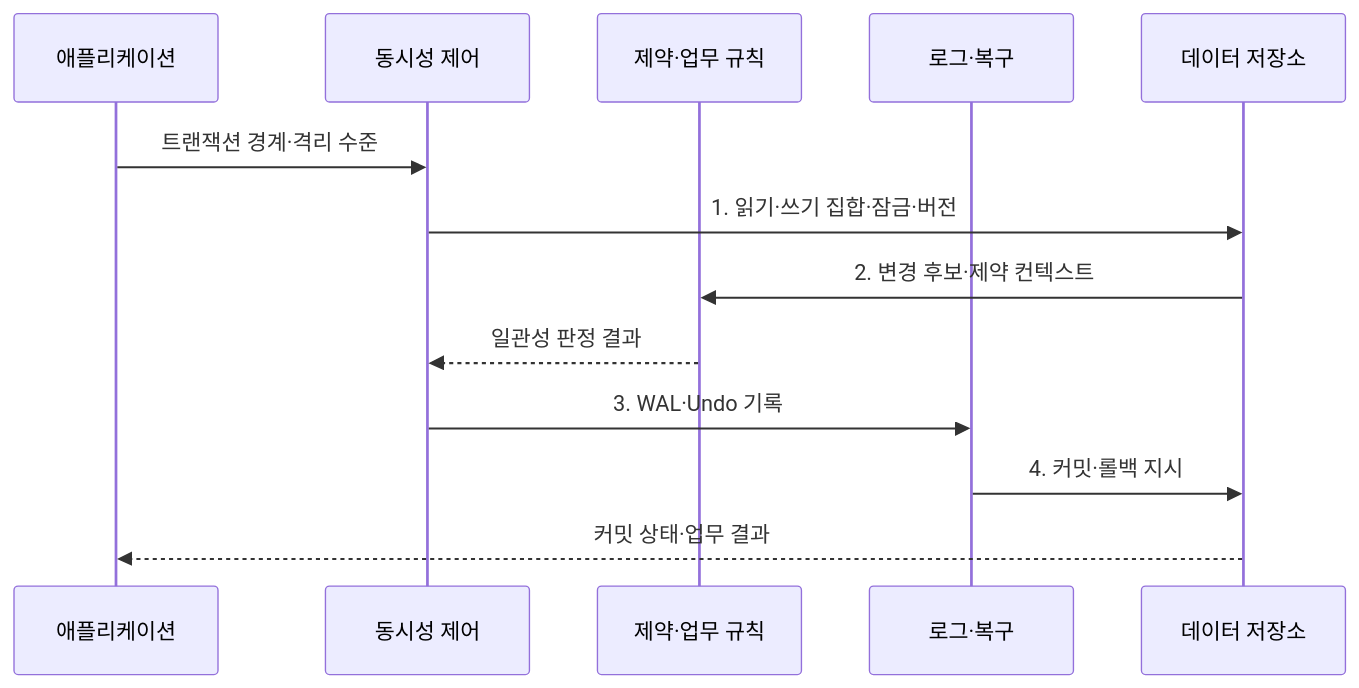
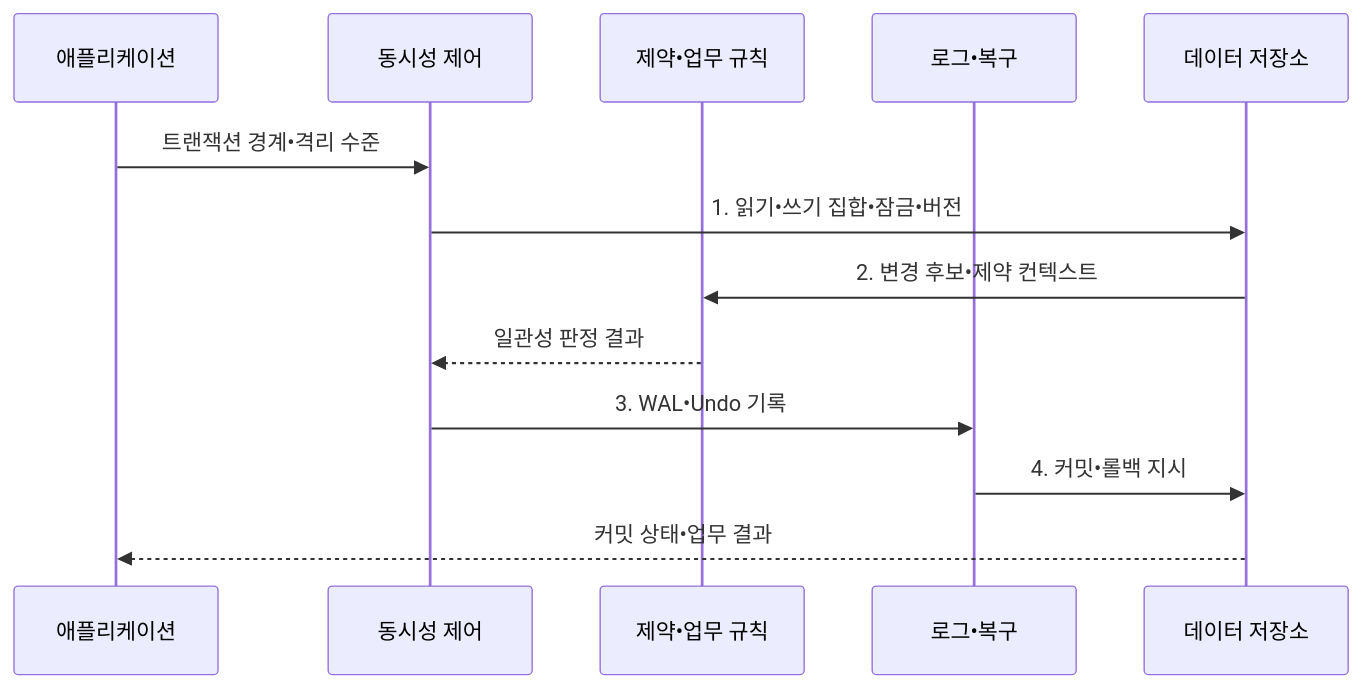
The second of 2 diagrams in src/content/docs/notes/03-software/085_transaction_acid.md (agnusdei1207/knowledge-base), drawn with Mermaid before and after one commit. The commit also changed other lines of this file and 953 other files, not shown here.

````diff
--- a/src/content/docs/notes/03-software/085_transaction_acid.md
+++ b/src/content/docs/notes/03-software/085_transaction_acid.md
@@ -107,15 +107,15 @@
 ```mermaid
 sequenceDiagram
     participant A as 애플리케이션
     participant C as 동시성 제어
-    participant V as 제약·업무 규칙
-    participant L as 로그·복구
+    participant V as 제약•업무 규칙
+    participant L as 로그•복구
     participant S as 데이터 저장소
-    A->>C: 트랜잭션 경계·격리 수준
-    C->>S: 1. 읽기·쓰기 집합·잠금·버전
-    S->>V: 2. 변경 후보·제약 컨텍스트
+    A->>C: 트랜잭션 경계•격리 수준
+    C->>S: 1. 읽기•쓰기 집합•잠금•버전
+    S->>V: 2. 변경 후보•제약 컨텍스트
     V-->>C: 일관성 판정 결과
-    C->>L: 3. WAL·Undo 기록
-    L->>S: 4. 커밋·롤백 지시
-    S-->>A: 커밋 상태·업무 결과
+    C->>L: 3. WAL•Undo 기록
+    L->>S: 4. 커밋•롤백 지시
+    S-->>A: 커밋 상태•업무 결과
 ```
````
